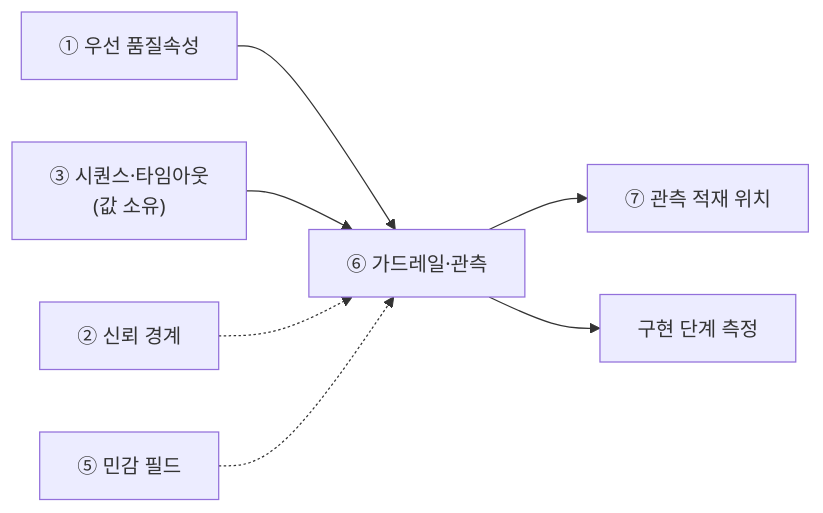
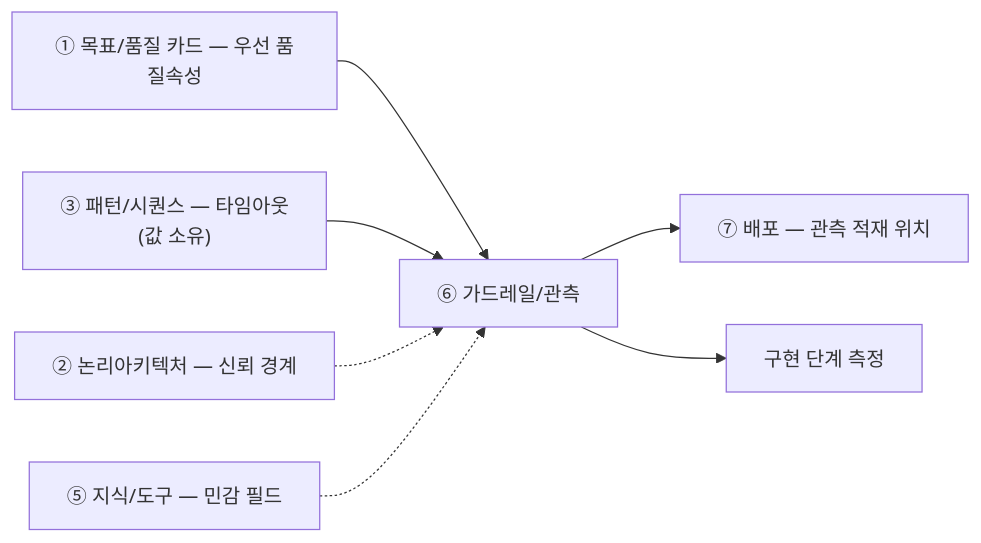
The diagram in guides/06-가드레일관측설계-가이드.md (unicorn-campus/design-agentic-ai), drawn with Mermaid before and after one commit. The commit also changed other lines of this file and 15 other files, not shown here.

````diff
--- a/guides/06-가드레일관측설계-가이드.md
+++ b/guides/06-가드레일관측설계-가이드.md
@@ -20,9 +20,9 @@
 ```mermaid
 flowchart LR
-  A["① 우선 품질속성"] --> F["⑥ 가드레일·관측"]
-  D["③ 시퀀스·타임아웃<br/>(값 소유)"] --> F
-  B["② 신뢰 경계"] -.-> F
-  E["⑤ 민감 필드"] -.-> F
-  F --> G["⑦ 관측 적재 위치"]
+  A["① 목표/품질 카드 — 우선 품질속성"] --> F["⑥ 가드레일/관측"]
+  D["③ 패턴/시퀀스 — 타임아웃<br/>(값 소유)"] --> F
+  B["② 논리아키텍처 — 신뢰 경계"] -.-> F
+  E["⑤ 지식/도구 — 민감 필드"] -.-> F
+  F --> G["⑦ 배포 — 관측 적재 위치"]
   F --> H["구현 단계 측정"]
 ```
````
